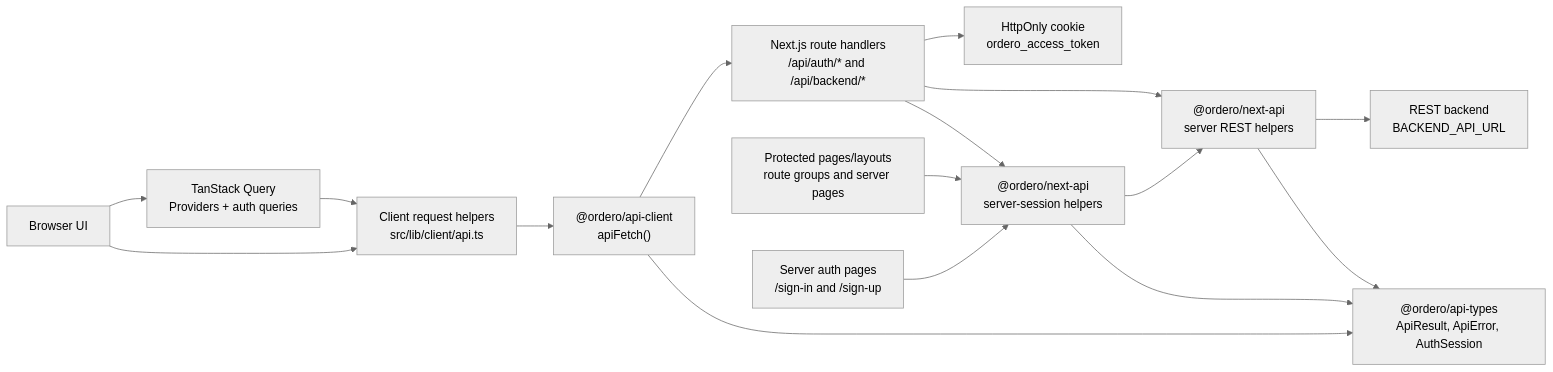
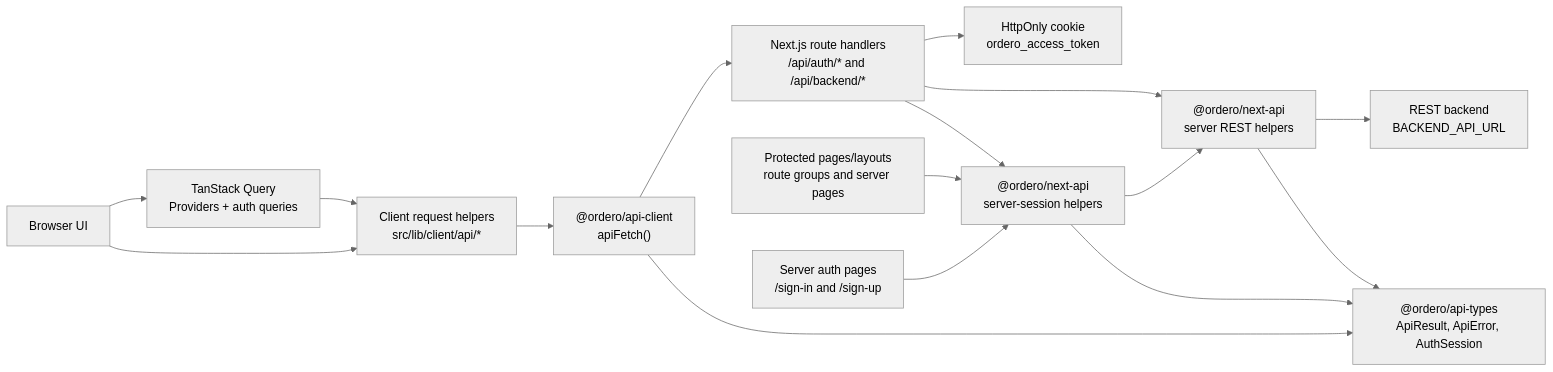
The first of 9 diagrams in docs/http-auth.md (ordero-biz/monorepo), drawn with Mermaid (neutral theme) before and after one commit. The commit also changed other lines of this file and 120 other files, not shown here.

````diff
--- a/docs/http-auth.md
+++ b/docs/http-auth.md
@@ -12,31 +12,31 @@
 ```mermaid
 flowchart LR
   browser["Browser UI"]
   authPage["Server auth pages<br/>/sign-in and /sign-up"]
   protectedPage["Protected pages/layouts<br/>route groups and server pages"]
-  clientApi["Client request helpers<br/>src/lib/client/api.ts"]
+  clientApi["Client request helpers<br/>src/lib/client/api/*"]
   clientFetch["@ordero/api-client<br/>apiFetch()"]
   query["TanStack Query<br/>Providers + auth queries"]
   nextApi["Next.js route handlers<br/>/api/auth/* and /api/backend/*"]
   cookie["HttpOnly cookie<br/>ordero_access_token"]
   session["@ordero/next-api<br/>server-session helpers"]
   serverApi["@ordero/next-api<br/>server REST helpers"]
   types["@ordero/api-types<br/>ApiResult, ApiError, AuthSession"]
   backend["REST backend<br/>BACKEND_API_URL"]
 
   authPage --> session
   protectedPage --> session
   browser --> clientApi
   browser --> query
   query --> clientApi
   clientApi --> clientFetch
   clientFetch --> nextApi
   nextApi --> cookie
   nextApi --> session
   session --> serverApi
   nextApi --> serverApi
   clientFetch --> types
   session --> types
   serverApi --> types
   serverApi --> backend
 ```
````
